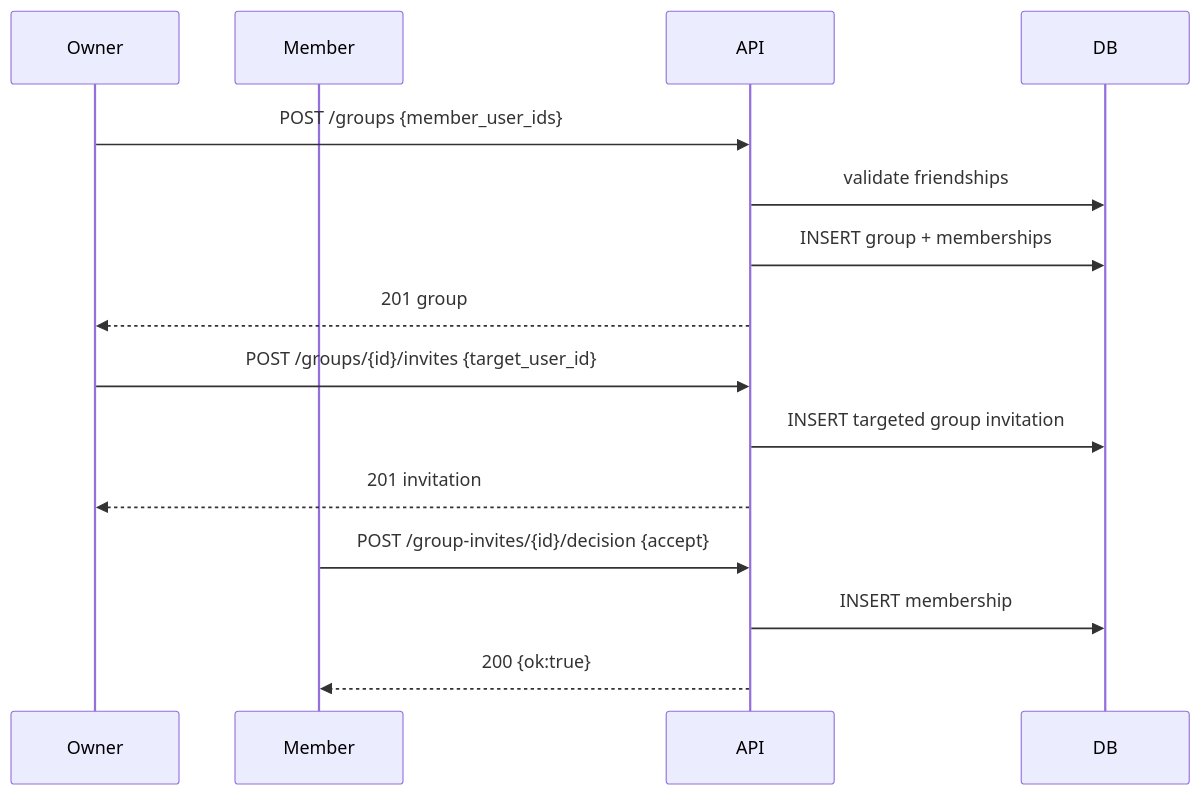
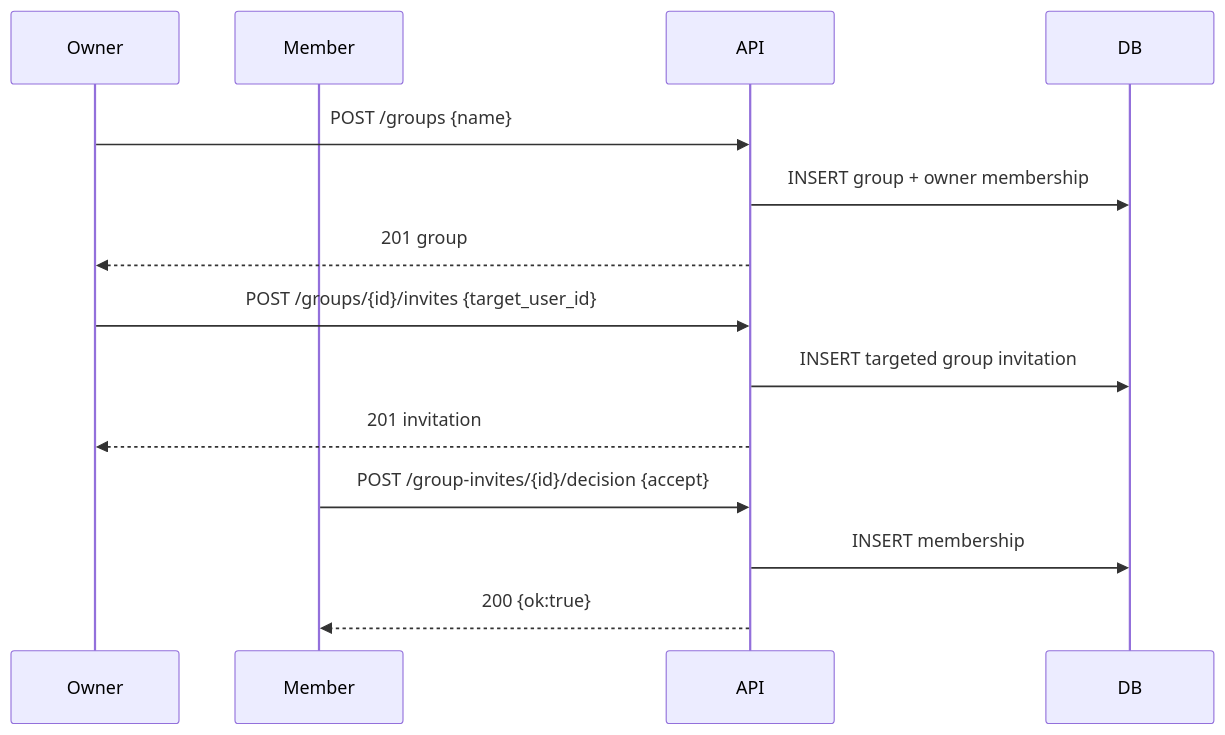
Before and after one commit to noelys215/arbiter-api: the third of 4 diagrams in README.md, drawn with Mermaid. The commit also changed other lines of this file and 29 other files, not shown here.

````diff
--- a/README.md
+++ b/README.md
@@ -415,20 +444,19 @@
 ```mermaid
 sequenceDiagram
   participant Owner
   participant Member
   participant API
   participant DB
 
-  Owner->>API: POST /groups {member_user_ids}
-  API->>DB: validate friendships
-  API->>DB: INSERT group + memberships
+  Owner->>API: POST /groups {name}
+  API->>DB: INSERT group + owner membership
   API-->>Owner: 201 group
 
   Owner->>API: POST /groups/{id}/invites {target_user_id}
   API->>DB: INSERT targeted group invitation
   API-->>Owner: 201 invitation
 
   Member->>API: POST /group-invites/{id}/decision {accept}
   API->>DB: INSERT membership
   API-->>Member: 200 {ok:true}
 ```
````
